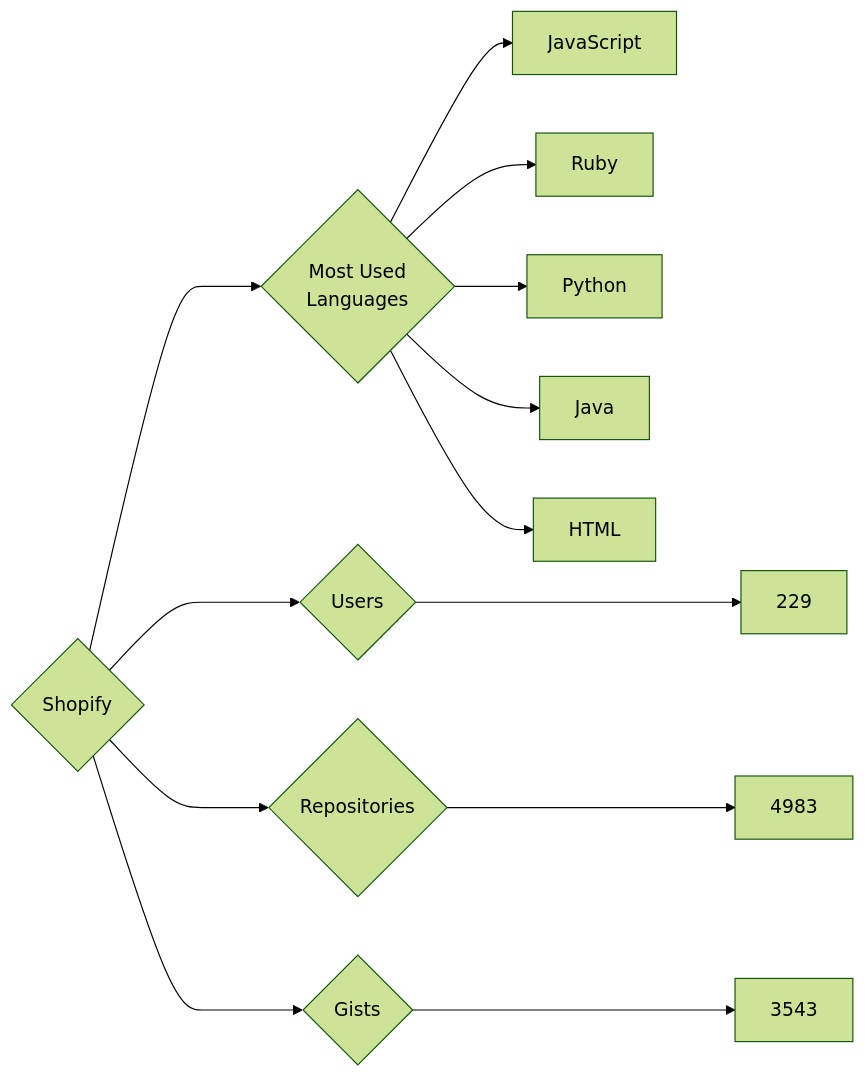
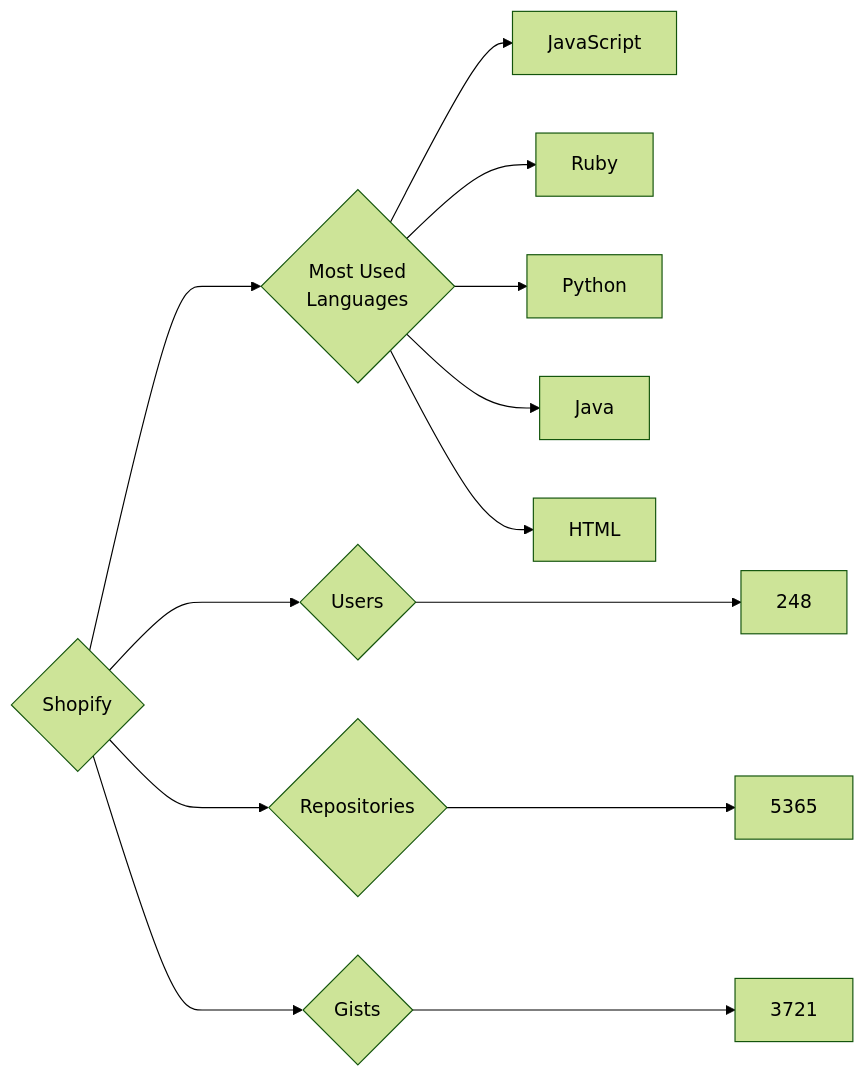
The diagram in targets/Shopify/README.md (trickest/insiders), drawn with Mermaid (forest theme) before and after one commit. The commit also changed 965 other files, not shown here.

````diff
--- a/targets/Shopify/README.md
+++ b/targets/Shopify/README.md
@@ -3,13 +3,13 @@
 ```mermaid
 graph LR
 COMPANY_NAME{Shopify}
-COMPANY_NAME ---> U{Users} ---> UN[229]
-COMPANY_NAME ---> R{Repositories} ---> RN[4983]
-COMPANY_NAME ---> G{Gists} ---> GN[3543]
+COMPANY_NAME ---> U{Users} ---> UN[248]
+COMPANY_NAME ---> R{Repositories} ---> RN[5365]
+COMPANY_NAME ---> G{Gists} ---> GN[3721]
 COMPANY_NAME ---> ML{Most Used<br>Languages}
 ML --> JavaScript[JavaScript]
 ML --> Ruby[Ruby]
 ML --> Python[Python]
 ML --> Java[Java]
 ML --> HTML[HTML]
 ```
````
